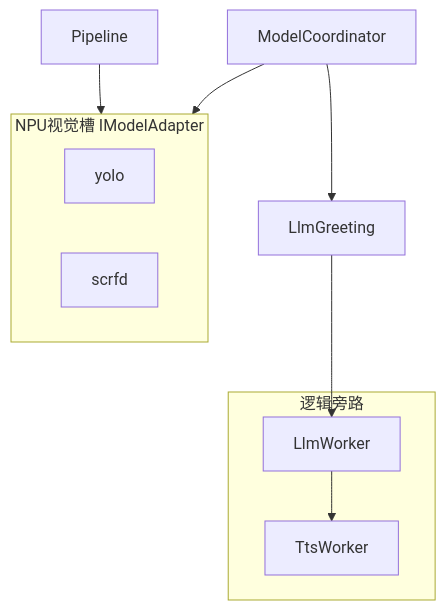
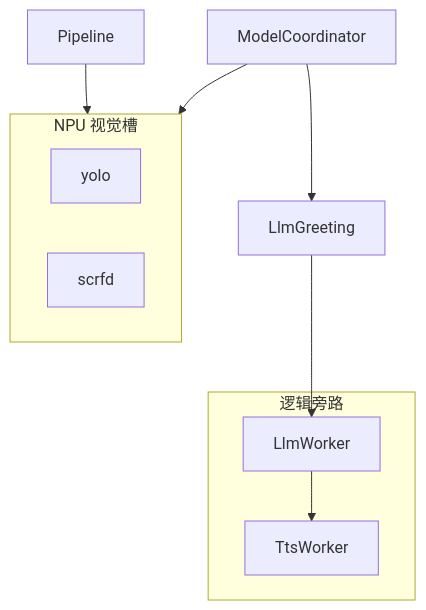
The first of 3 diagrams in docs/系统架构与运行逻辑.md (kyshipit/eai-rk3588), drawn with Mermaid before and after one commit. The commit also changed other lines of this file and 13 other files, not shown here.

````diff
--- a/docs/系统架构与运行逻辑.md
+++ b/docs/系统架构与运行逻辑.md
@@ -93,19 +83,19 @@
 ```mermaid
 flowchart TB
-    subgraph visionSlots [NPU视觉槽 IModelAdapter]
+    subgraph vision [NPU 视觉槽]
         YOLO[yolo]
         SCRFD[scrfd]
     end
-    subgraph logicSlots [逻辑旁路]
+    subgraph logic [逻辑旁路]
         LLM[LlmWorker]
         TTS[TtsWorker]
     end
     MC[ModelCoordinator]
     Greet[LlmGreeting]
     Pipe[Pipeline]
-    Pipe --> visionSlots
-    MC --> visionSlots
+    Pipe --> vision
+    MC --> vision
     MC --> Greet
     Greet --> LLM
     LLM --> TTS
 ```
````
